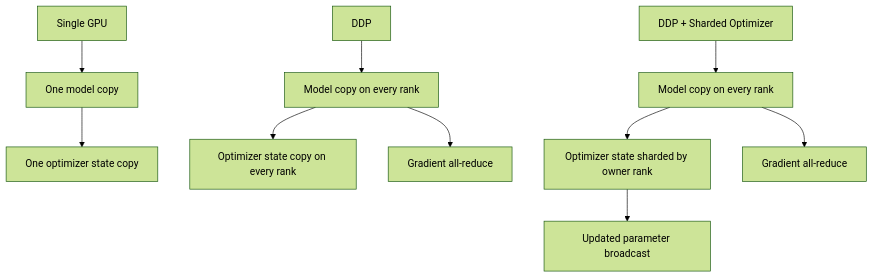
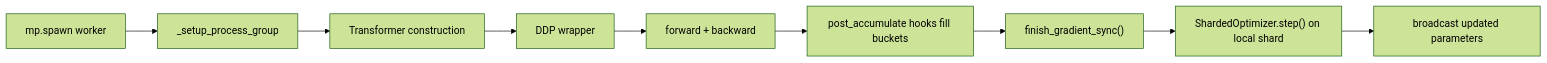
One commit to fangpin/llm-from-scratch changed the diagram in docs/en/distributed-training.md. Above: the diagram before and after it, drawn with Mermaid (forest theme). The commit also changed other lines of this file and 19 other files, not shown here.

````diff
--- a/docs/en/distributed-training.md
+++ b/docs/en/distributed-training.md
@@ -106,14 +192,11 @@
 ```mermaid
-graph TD
-    A["Single GPU"] --> B["One model copy"]
-    B --> C["One optimizer state copy"]
-
-    D["DDP"] --> E["Model copy on every rank"]
-    E --> F["Optimizer state copy on every rank"]
-    E --> G["Gradient all-reduce"]
-
-    H["DDP + Sharded Optimizer"] --> I["Model copy on every rank"]
-    I --> J["Optimizer state sharded by owner rank"]
-    I --> K["Gradient all-reduce"]
-    J --> L["Updated parameter broadcast"]
+flowchart LR
+    A["mp.spawn worker"] --> B["_setup_process_group"]
+    B --> C["Transformer construction"]
+    C --> D["DDP wrapper"]
+    D --> E["forward + backward"]
+    E --> F["post_accumulate hooks fill buckets"]
+    F --> G["finish_gradient_sync()"]
+    G --> H["ShardedOptimizer.step() on local shard"]
+    H --> I["broadcast updated parameters"]
 ```
````
